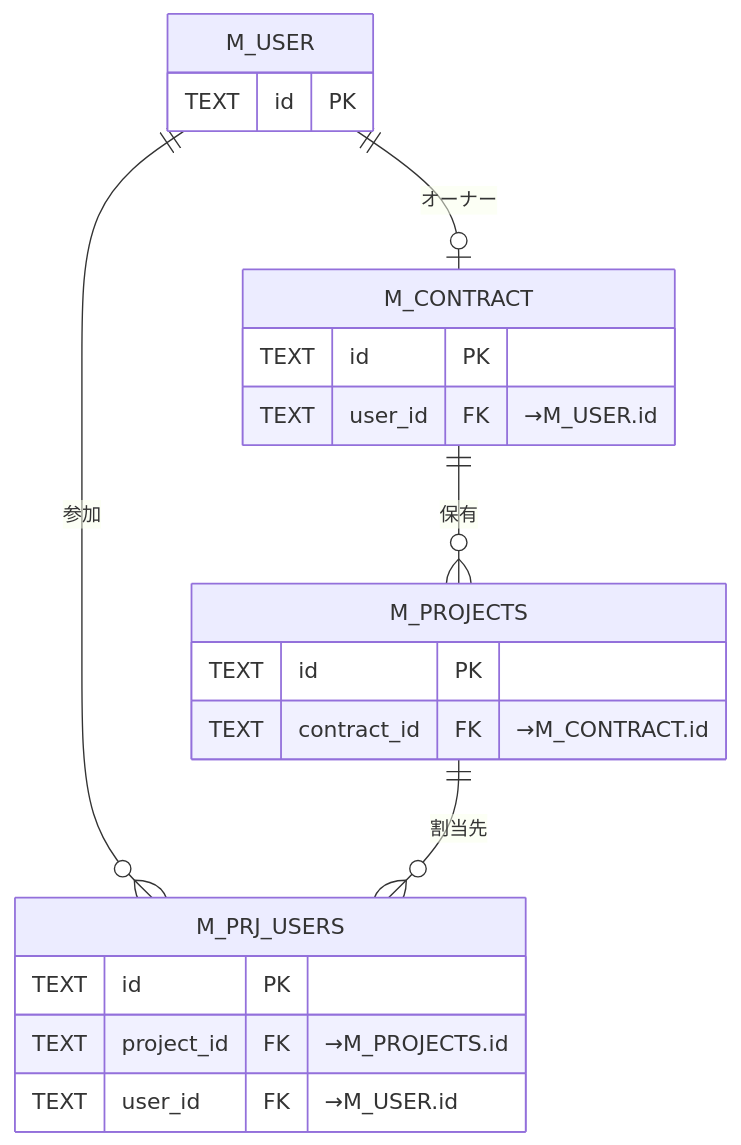
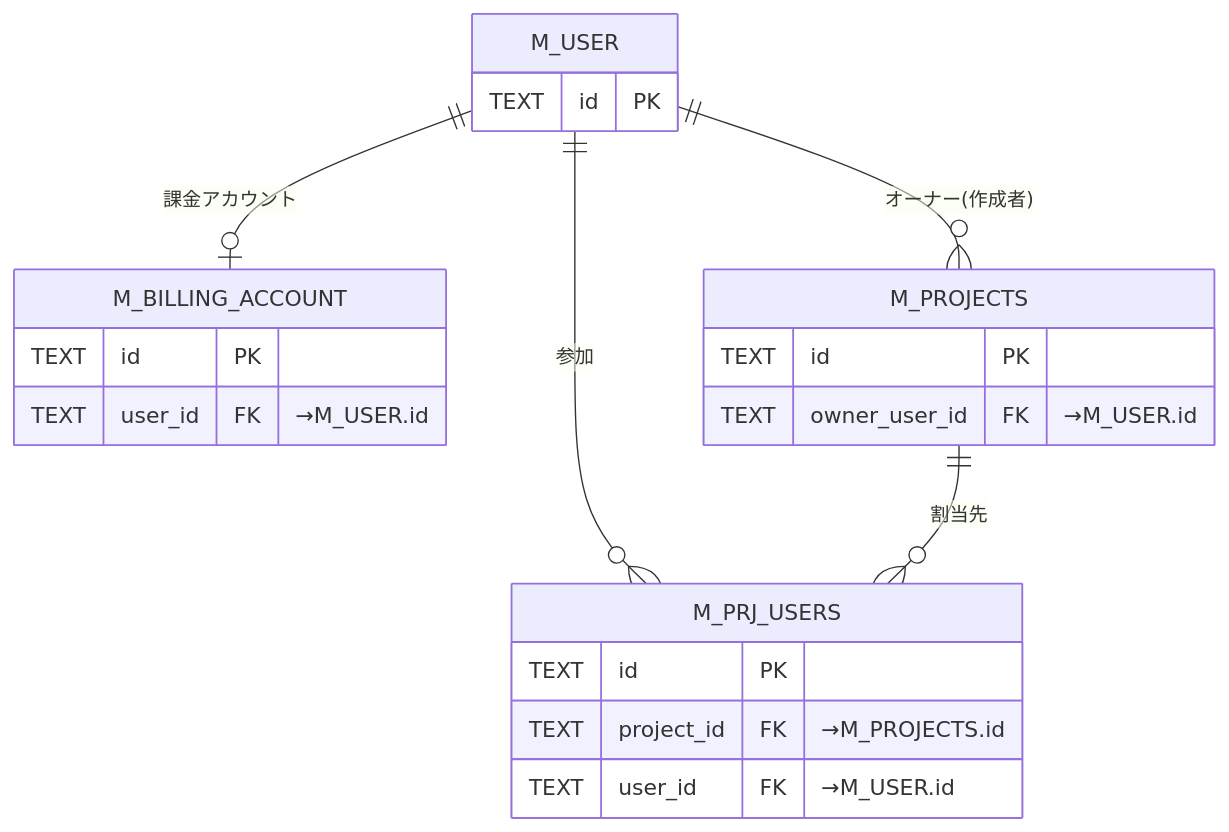
Before and after one commit to sikakou54/open-faq: the first of 12 diagrams in 02_basic_design/02_backend/04_database/index.md, drawn with Mermaid. The commit also changed other lines of this file and 294 other files, not shown here.

````diff
--- a/02_basic_design/02_backend/04_database/index.md
+++ b/02_basic_design/02_backend/04_database/index.md
@@ -104,23 +104,23 @@
 ```mermaid
 erDiagram
   M_USER {
     TEXT id PK
   }
-  M_CONTRACT {
+  M_BILLING_ACCOUNT {
     TEXT id PK
     TEXT user_id FK "→M_USER.id"
   }
   M_PROJECTS {
     TEXT id PK
-    TEXT contract_id FK "→M_CONTRACT.id"
+    TEXT owner_user_id FK "→M_USER.id"
   }
   M_PRJ_USERS {
     TEXT id PK
     TEXT project_id FK "→M_PROJECTS.id"
     TEXT user_id FK "→M_USER.id"
   }
-  M_USER ||--o| M_CONTRACT : "オーナー"
+  M_USER ||--o| M_BILLING_ACCOUNT : "課金アカウント"
+  M_USER ||--o{ M_PROJECTS : "オーナー(作成者)"
   M_USER ||--o{ M_PRJ_USERS : "参加"
-  M_CONTRACT ||--o{ M_PROJECTS : "保有"
   M_PROJECTS ||--o{ M_PRJ_USERS : "割当先"
 ```
````
